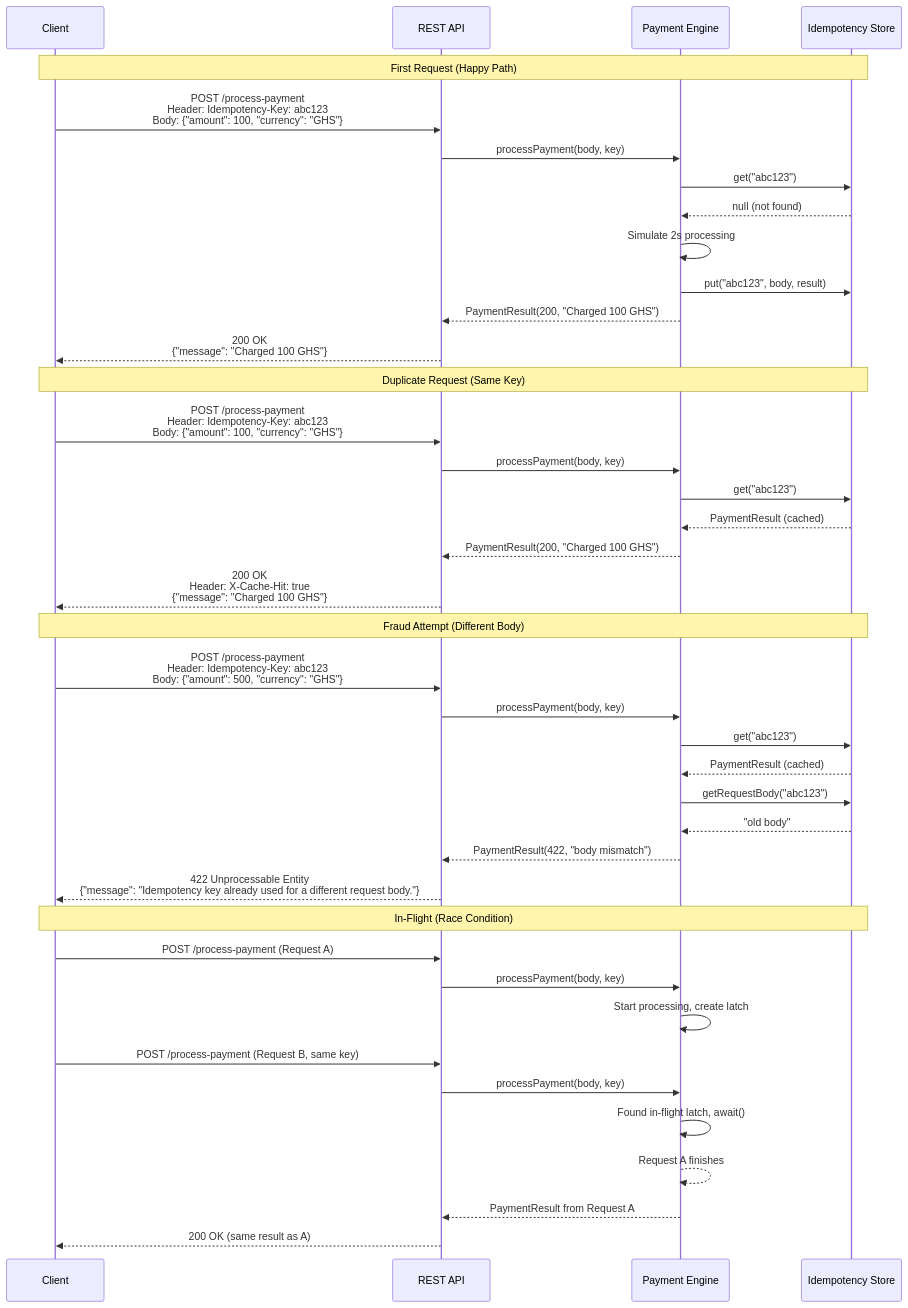
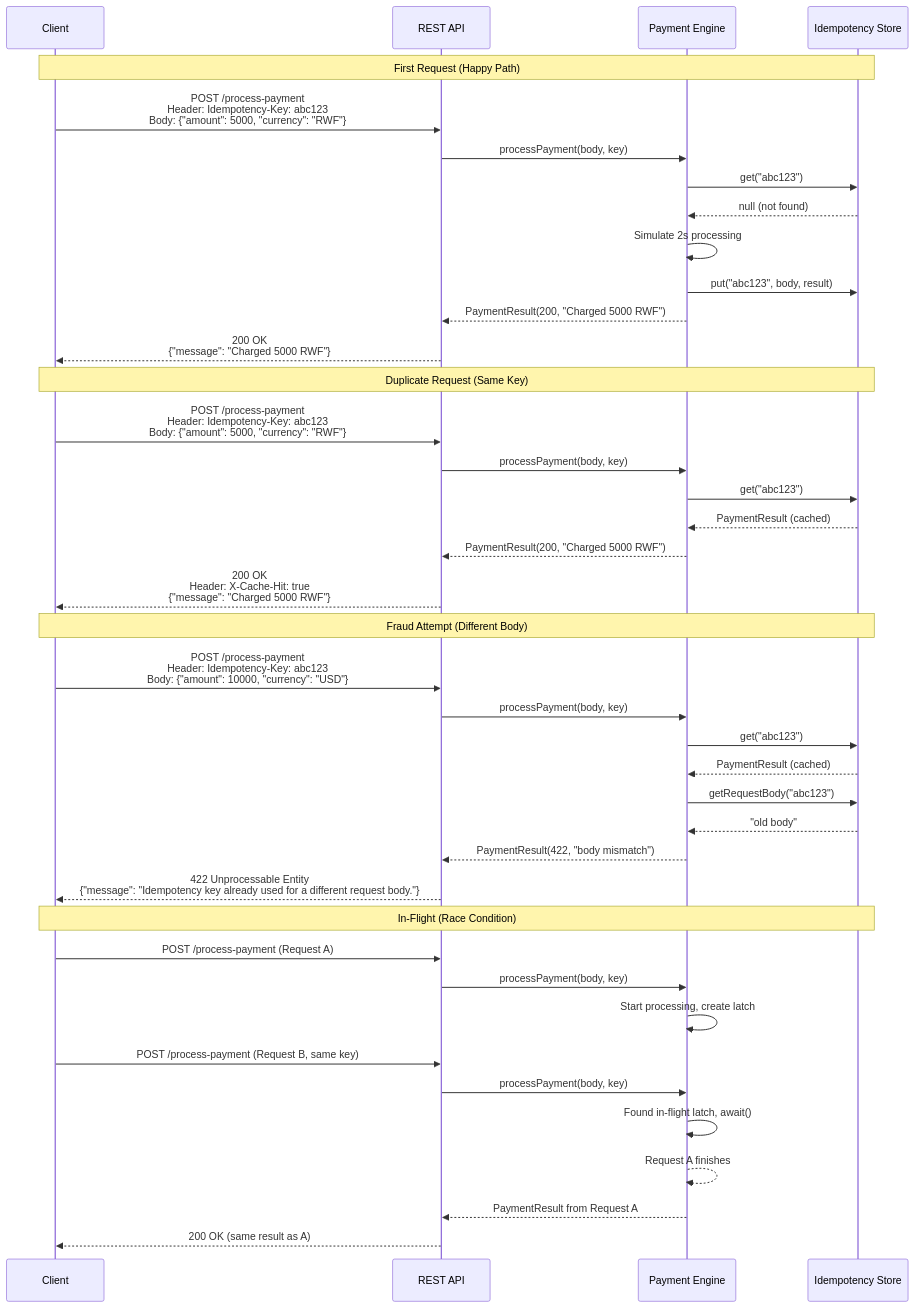
The diagram in backend/Idempotency-gateway/README.md (AmaliTech-Training-Academy/AmaliTech-DEG-Project-based-challenges), drawn with Mermaid before and after one commit. The commit also changed other lines of this file and 1 other file, not shown here.

Commit message:
add basic health check test

````diff
--- a/backend/Idempotency-gateway/README.md
+++ b/backend/Idempotency-gateway/README.md
@@ -7,46 +7,46 @@
 ```mermaid
 sequenceDiagram
     participant C as Client
     participant API as REST API
     participant E as Payment Engine
     participant S as Idempotency Store
 
     Note over C,S: First Request (Happy Path)
-    C->>API: POST /process-payment<br/>Header: Idempotency-Key: abc123<br/>Body: {"amount": 100, "currency": "GHS"}
+    C->>API: POST /process-payment<br/>Header: Idempotency-Key: abc123<br/>Body: {"amount": 5000, "currency": "RWF"}
     API->>E: processPayment(body, key)
     E->>S: get("abc123")
     S-->>E: null (not found)
     E->>E: Simulate 2s processing
     E->>S: put("abc123", body, result)
-    E-->>API: PaymentResult(200, "Charged 100 GHS")
-    API-->>C: 200 OK<br/>{"message": "Charged 100 GHS"}
+    E-->>API: PaymentResult(200, "Charged 5000 RWF")
+    API-->>C: 200 OK<br/>{"message": "Charged 5000 RWF"}
 
     Note over C,S: Duplicate Request (Same Key)
-    C->>API: POST /process-payment<br/>Header: Idempotency-Key: abc123<br/>Body: {"amount": 100, "currency": "GHS"}
+    C->>API: POST /process-payment<br/>Header: Idempotency-Key: abc123<br/>Body: {"amount": 5000, "currency": "RWF"}
     API->>E: processPayment(body, key)
     E->>S: get("abc123")
     S-->>E: PaymentResult (cached)
-    E-->>API: PaymentResult(200, "Charged 100 GHS")
-    API-->>C: 200 OK<br/>Header: X-Cache-Hit: true<br/>{"message": "Charged 100 GHS"}
+    E-->>API: PaymentResult(200, "Charged 5000 RWF")
+    API-->>C: 200 OK<br/>Header: X-Cache-Hit: true<br/>{"message": "Charged 5000 RWF"}
 
     Note over C,S: Fraud Attempt (Different Body)
-    C->>API: POST /process-payment<br/>Header: Idempotency-Key: abc123<br/>Body: {"amount": 500, "currency": "GHS"}
+    C->>API: POST /process-payment<br/>Header: Idempotency-Key: abc123<br/>Body: {"amount": 10000, "currency": "USD"}
     API->>E: processPayment(body, key)
     E->>S: get("abc123")
     S-->>E: PaymentResult (cached)
     E->>S: getRequestBody("abc123")
     S-->>E: "old body"
     E-->>API: PaymentResult(422, "body mismatch")
     API-->>C: 422 Unprocessable Entity<br/>{"message": "Idempotency key already used for a different request body."}
 
     Note over C,S: In-Flight (Race Condition)
     C->>API: POST /process-payment (Request A)
     API->>E: processPayment(body, key)
     E->>E: Start processing, create latch
     C->>API: POST /process-payment (Request B, same key)
     API->>E: processPayment(body, key)
     E->>E: Found in-flight latch, await()
     E-->>E: Request A finishes
     E-->>API: PaymentResult from Request A
     API-->>C: 200 OK (same result as A)
 ```
````
